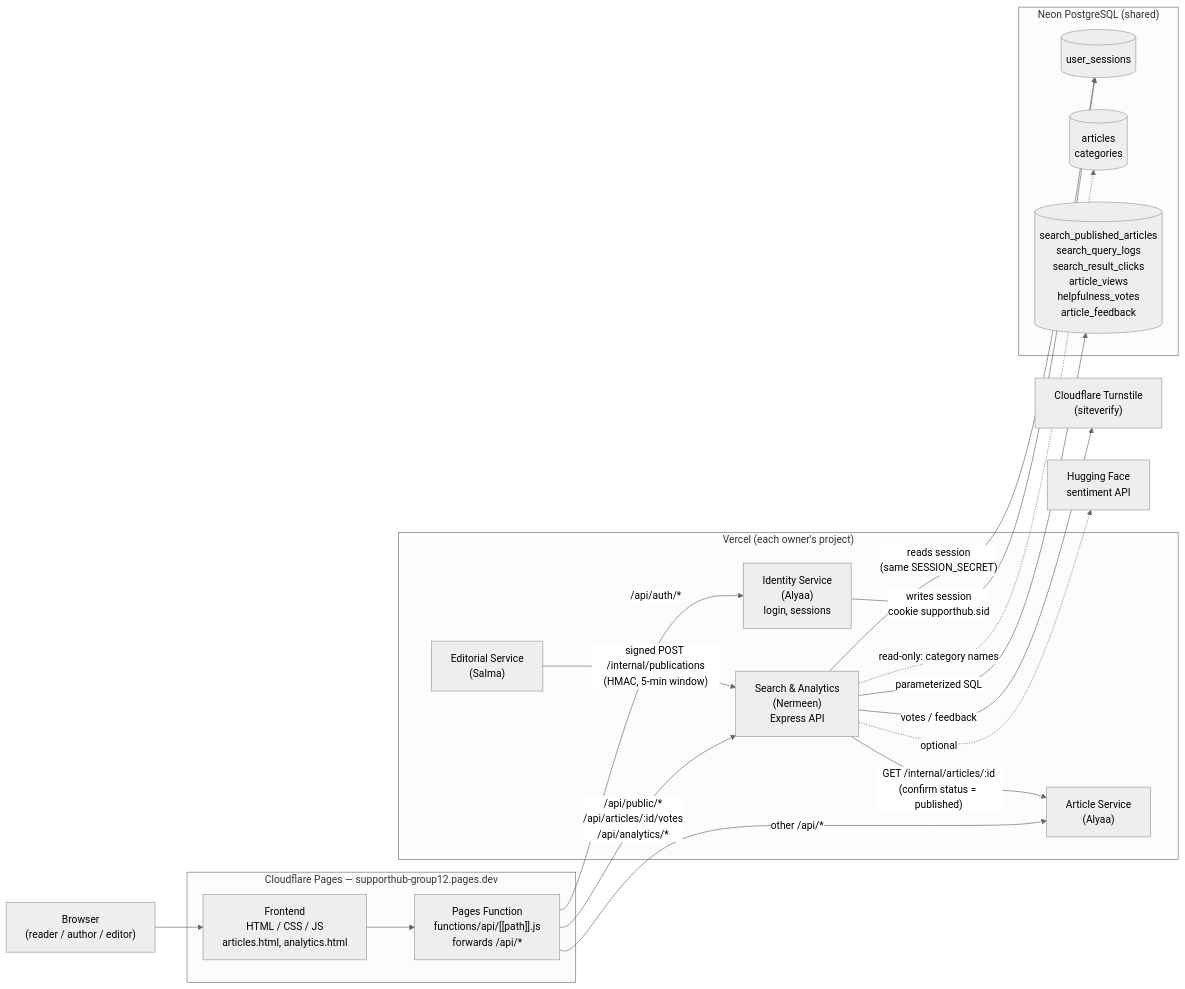
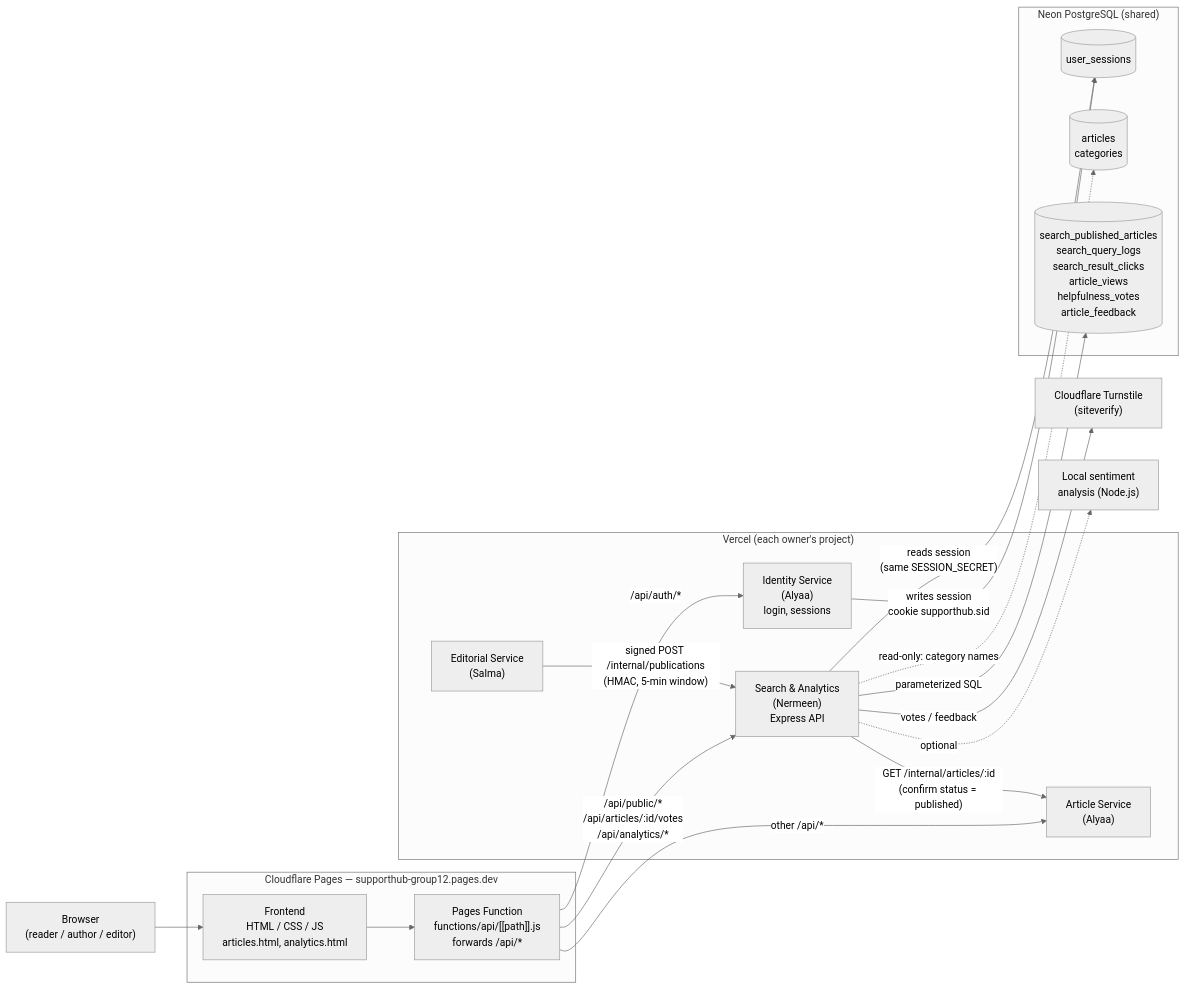
The first of 3 diagrams in services/search-analytics-service/ARCHITECTURE.md (alyaaadel05/SupportHub_group12), drawn with Mermaid (neutral theme) before and after one commit. The commit also changed 87 other files, not shown here.

````diff
--- a/services/search-analytics-service/ARCHITECTURE.md
+++ b/services/search-analytics-service/ARCHITECTURE.md
@@ -7,41 +7,41 @@
 ```mermaid
 flowchart LR
   user["Browser<br/>(reader / author / editor)"]
 
   subgraph CF["Cloudflare Pages — supporthub-group12.pages.dev"]
     fe["Frontend<br/>HTML / CSS / JS<br/>articles.html, analytics.html"]
     proxy["Pages Function<br/>functions/api/[[path]].js<br/>forwards /api/*"]
   end
 
   subgraph VC["Vercel (each owner's project)"]
     idsvc["Identity Service<br/>(Alyaa)<br/>login, sessions"]
     artsvc["Article Service<br/>(Alyaa)"]
     edsvc["Editorial Service<br/>(Salma)"]
     search["Search & Analytics<br/>(Nermeen)<br/>Express API"]
   end
 
   subgraph NEON["Neon PostgreSQL (shared)"]
     sess[("user_sessions")]
     arts[("articles<br/>categories")]
     mine[("search_published_articles<br/>search_query_logs<br/>search_result_clicks<br/>article_views<br/>helpfulness_votes<br/>article_feedback")]
   end
 
   ts["Cloudflare Turnstile<br/>(siteverify)"]
-  hf["Hugging Face<br/>sentiment API"]
+  hf["Local sentiment<br/>analysis (Node.js)"]
 
   user --> fe --> proxy
   proxy -- "/api/auth/*" --> idsvc
   proxy -- "/api/public/*<br/>/api/articles/:id/votes<br/>/api/analytics/*" --> search
   proxy -- "other /api/*" --> artsvc
 
   idsvc -- "writes session<br/>cookie supporthub.sid" --> sess
   search -- "reads session<br/>(same SESSION_SECRET)" --> sess
   search -- "parameterized SQL" --> mine
   search -. "read-only: category names" .-> arts
 
   edsvc -- "signed POST /internal/publications<br/>(HMAC, 5-min window)" --> search
   search -- "GET /internal/articles/:id<br/>(confirm status = published)" --> artsvc
 
   search -- "votes / feedback" --> ts
   search -. "optional" .-> hf
 ```
````
